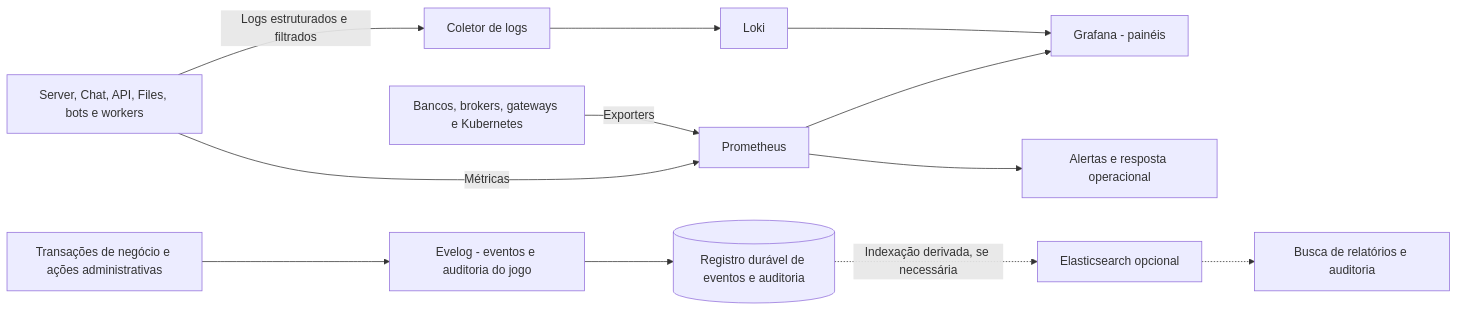
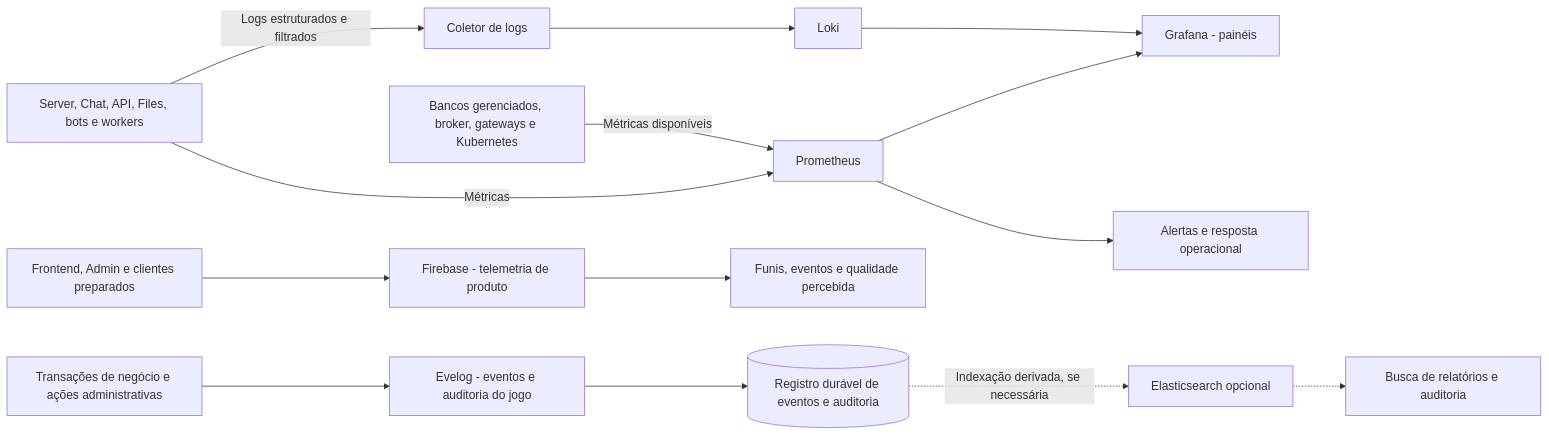
One commit to ReeseArch64/opencok changed the eighth of 14 diagrams in .github/ARCHITECTURE.md. Above: the diagram before and after it, drawn with Mermaid. The commit also changed other lines of this file and 3 other files, not shown here.

Commit message:
docs: expand deployment architecture and mobile client roadmap

````diff
--- a/.github/ARCHITECTURE.md
+++ b/.github/ARCHITECTURE.md
@@ -746,14 +874,16 @@
 ```mermaid
 flowchart LR
   apps[Server, Chat, API, Files, bots e workers] -->|Métricas| prom[Prometheus]
   apps -->|Logs estruturados e filtrados| collector[Coletor de logs]
   collector --> loki[Loki]
-  infra[Bancos, brokers, gateways e Kubernetes] -->|Exporters| prom
+  infra[Bancos gerenciados, broker, gateways e Kubernetes] -->|Métricas disponíveis| prom
+  clients[Frontend, Admin e clientes preparados] --> firebase[Firebase - telemetria de produto]
+  firebase --> product[Funis, eventos e qualidade percebida]
   prom --> grafana[Grafana - painéis]
   loki --> grafana
   prom --> alerts[Alertas e resposta operacional]
   transaction[Transações de negócio e ações administrativas] --> eventlog[Evelog - eventos e auditoria do jogo]
   eventlog --> audit[(Registro durável de eventos e auditoria)]
   audit -.->|Indexação derivada, se necessária| elastic[Elasticsearch opcional]
   elastic -.-> search[Busca de relatórios e auditoria]
 ```
````
